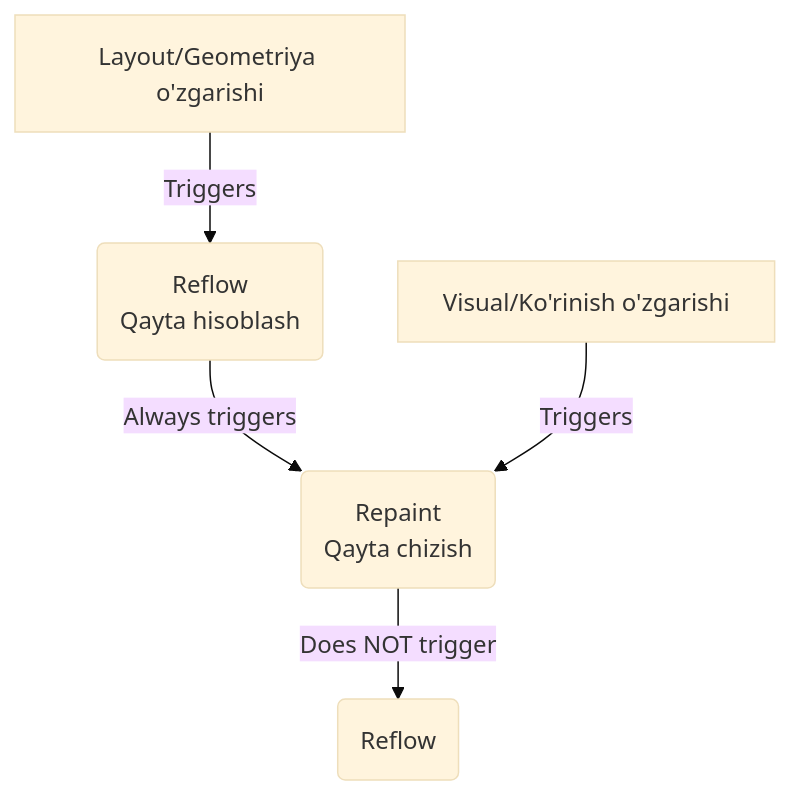
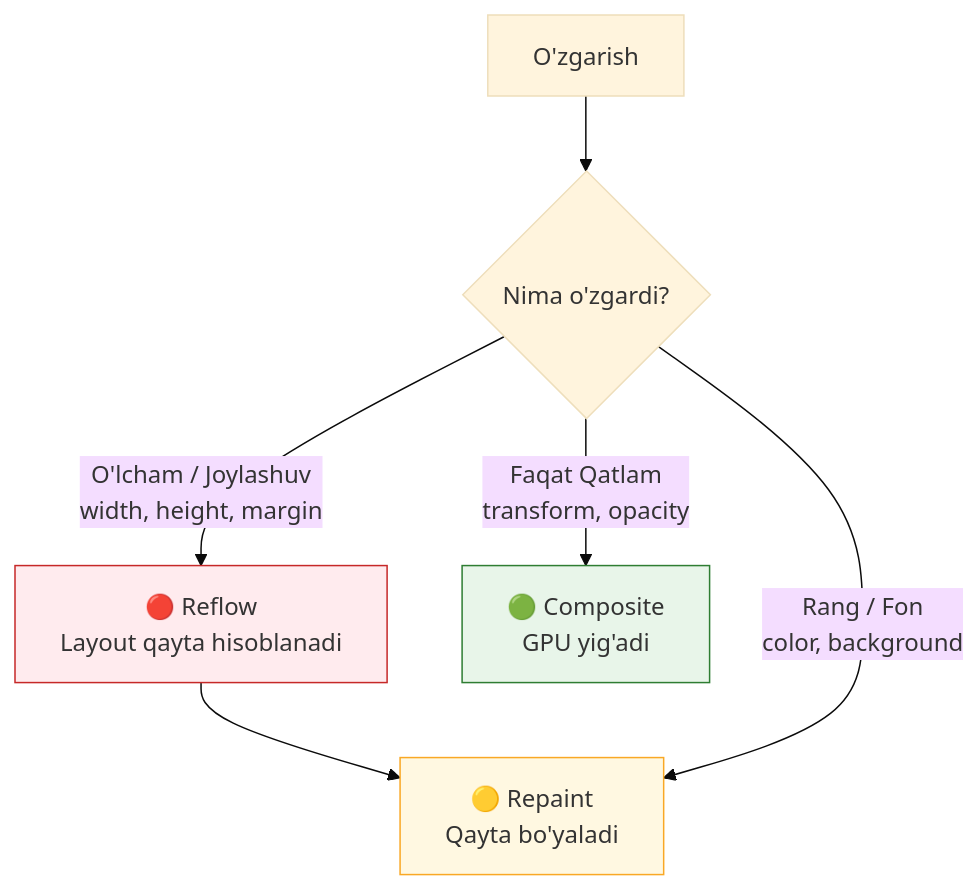
Before and after one commit to nusretoglu/senior-frontend-roadmap: the diagram in docs/02-browser-internals/02-reflow-repaint.md, drawn with Mermaid (base theme). The commit also changed other lines of this file and 143 other files, not shown here.

````diff
--- a/docs/02-browser-internals/02-reflow-repaint.md
+++ b/docs/02-browser-internals/02-reflow-repaint.md
@@ -29,7 +128,15 @@
 ```mermaid
 flowchart TD
-    A[Layout/Geometriya o'zgarishi] -->|Triggers| B(Reflow <br/> Qayta hisoblash)
-    B -->|Always triggers| C(Repaint <br/> Qayta chizish)
-    D[Visual/Ko'rinish o'zgarishi] -->|Triggers| C
-    C -->|Does NOT trigger| E(Reflow)
+    A[O'zgarish] --> B{Nima o'zgardi?}
+    
+    B -->|O'lcham / Joylashuv<br>width, height, margin| C[🔴 Reflow <br> Layout qayta hisoblanadi]
+    C --> D[🟡 Repaint <br> Qayta bo'yaladi]
+    
+    B -->|Rang / Fon<br>color, background| D
+    
+    B -->|Faqat Qatlam<br>transform, opacity| E[🟢 Composite <br> GPU yig'adi]
+    
+    style C fill:#ffebee,stroke:#c62828
+    style D fill:#fff8e1,stroke:#f9a825
+    style E fill:#e8f5e9,stroke:#2e7d32
 ```
````
